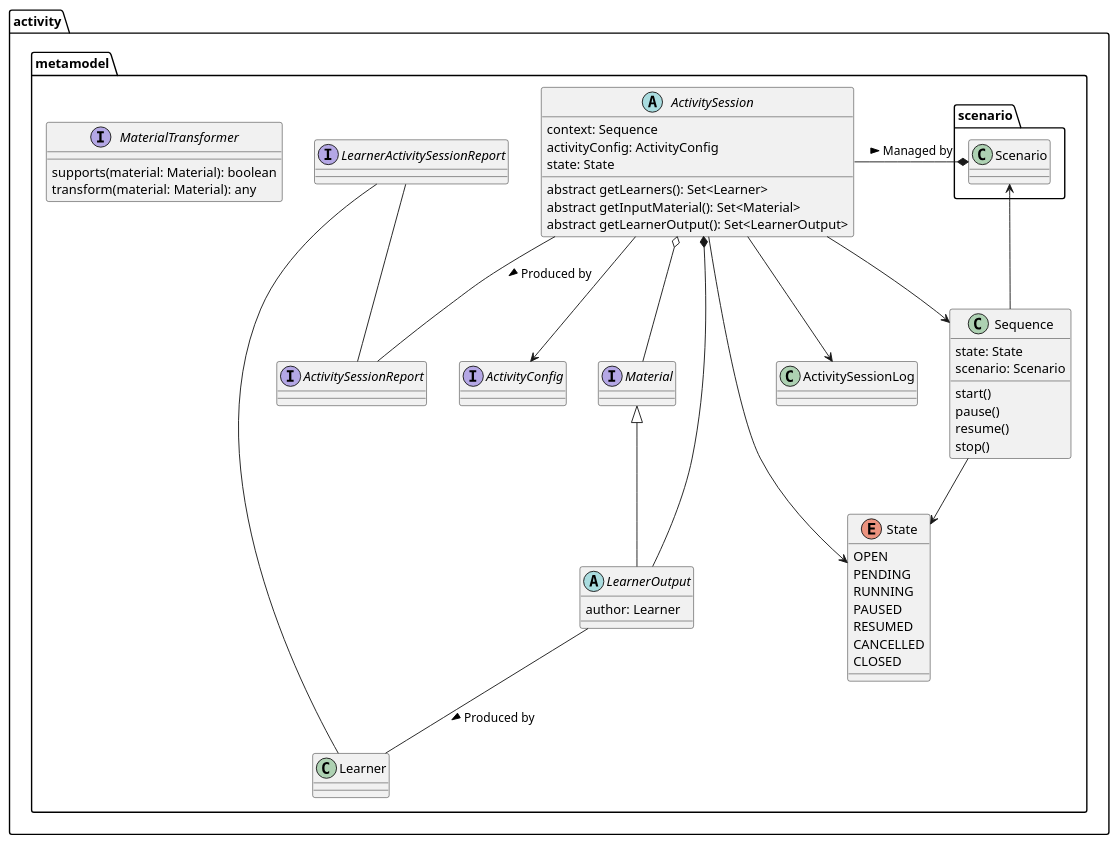
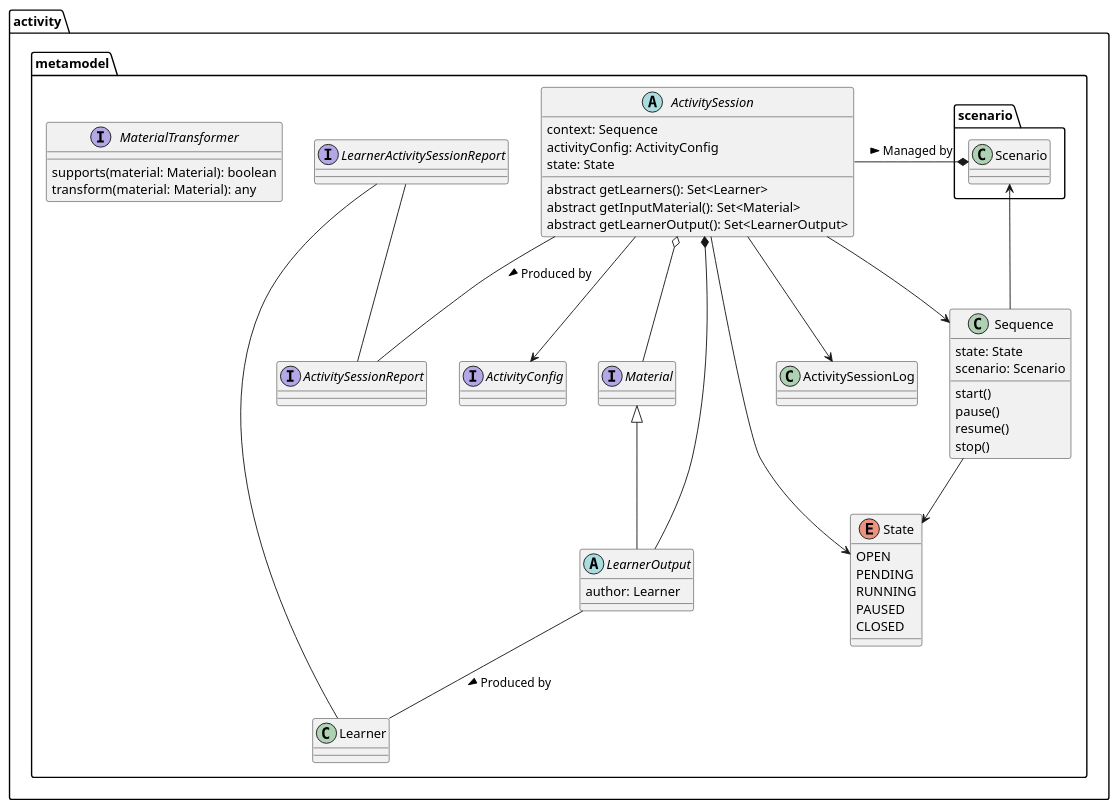
The diagram in docs/technical/uml/activity-metamodel.puml (elaastic/ElaastiX), drawn with PlantUML before and after one commit.

Commit message:
doc(model): Remove RESUMED and CANCELLED states

```diff
--- a/docs/technical/uml/activity-metamodel.puml
+++ b/docs/technical/uml/activity-metamodel.puml
@@ -1,70 +1,68 @@
 @startuml
 'https://plantuml.com/class-diagram
 
 package activity.metamodel {
     class  Sequence {
         state: State
         scenario: Scenario
         start()
         pause()
         resume()
         stop()
     }
 
     enum State {
         OPEN
         PENDING
         RUNNING
         PAUSED
-        RESUMED
-        CANCELLED
         CLOSED
     }
 
     Sequence --> State
     Sequence --> scenario.Scenario
 
     Scenario *- ActivitySession : Managed by <
 
     abstract class ActivitySession {
         context: Sequence
         activityConfig: ActivityConfig
         state: State
         abstract getLearners(): Set<Learner>
         abstract getInputMaterial(): Set<Material>
         abstract getLearnerOutput(): Set<LearnerOutput>
     }
 
     class ActivitySessionLog
 
     ActivitySession --> Sequence
     ActivitySession -- ActivitySessionReport : Produced by >
     ActivitySession --> State
     ActivitySession --> ActivitySessionLog
     ActivitySession --> ActivityConfig
     ActivitySession *-- LearnerOutput
     ActivitySession o-- Material
 
     interface ActivitySessionReport
     interface LearnerActivitySessionReport
 
     LearnerActivitySessionReport -- Learner
     LearnerActivitySessionReport -- ActivitySessionReport
 
     interface ActivityConfig
 
     interface Material
 
     abstract class LearnerOutput extends Material {
         author: Learner
     }
 
     LearnerOutput -- Learner : Produced by >
 
     interface MaterialTransformer {
         supports(material: Material): boolean
         transform(material: Material): any
     }
 
 }
 @enduml
```
